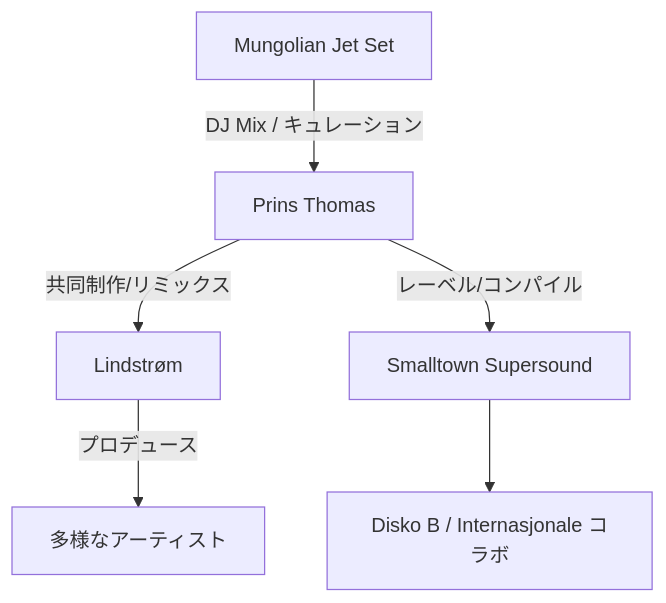
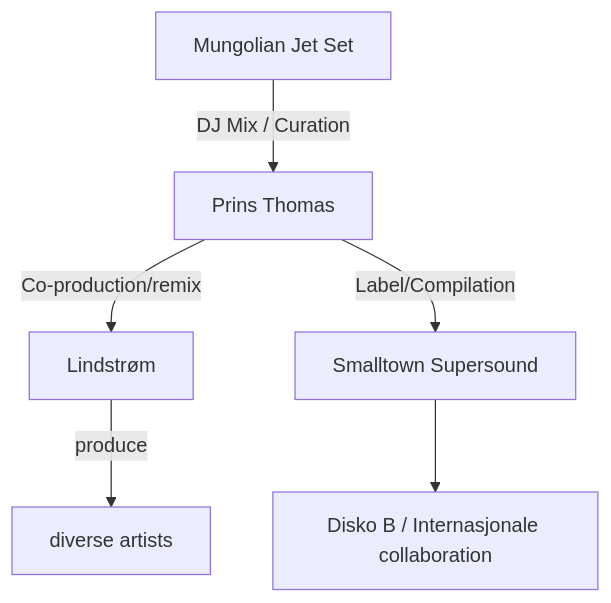
Before and after one commit to monumental-movement/monumental-movement.github.io: the diagram in en/_posts/2025-09-29-Column-Norwegian-disco.md, drawn with Mermaid. The commit also changed 152 other files, not shown here.

```diff
--- a/en/_posts/2025-09-29-Column-Norwegian-disco.md
+++ b/en/_posts/2025-09-29-Column-Norwegian-disco.md
@@ -44,14 +44,14 @@
 <div class="mermaid">
 flowchart TD
   PT[Prins Thomas]
   LS[Lindstrøm]
   MJ[Mungolian Jet Set]
   ST[Smalltown Supersound]
-  DT[Disko B / Internasjonale コラボ]
+  DT[Disko B / Internasjonale collaboration]
 
-  PT -->|共同制作/リミックス| LS
-  LS -->|プロデュース| OtherArtists[多様なアーティスト]
-  MJ -->|DJ Mix / キュレーション| PT
-  PT -->|レーベル/コンパイル| ST
+  PT -->|Co-production/remix| LS
+  LS -->|produce| OtherArtists[diverse artists]
+  MJ -->|DJ Mix / Curation| PT
+  PT -->|Label/Compilation| ST
   ST --> DT
 </div>
```
